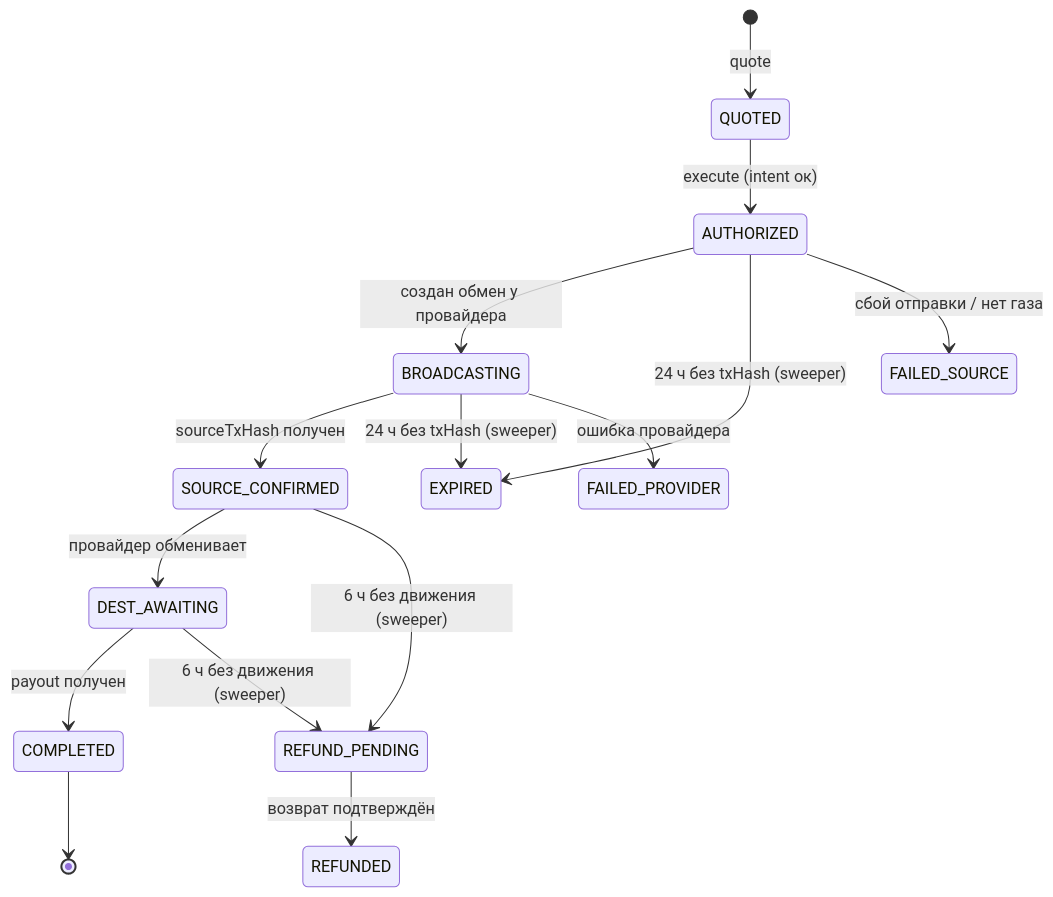
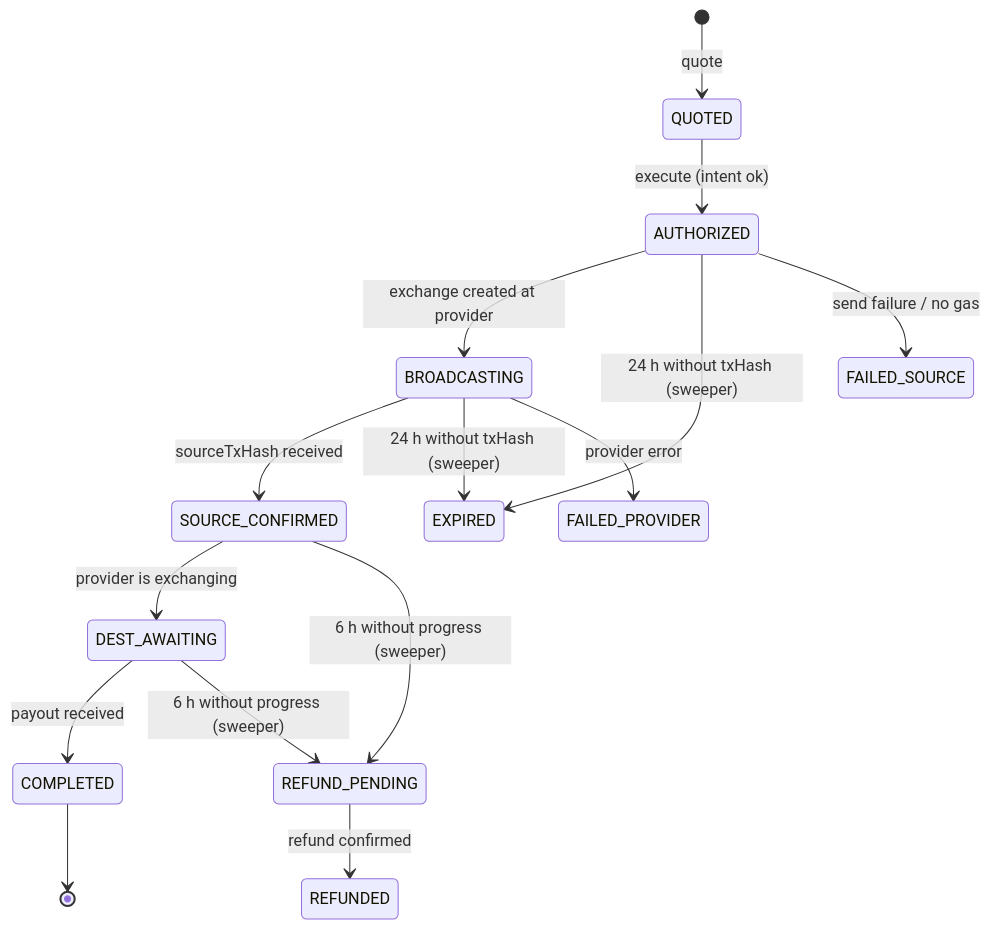
Before and after one commit to samveldarbinyann/wallet-bot: the fourth of 5 diagrams in DOCUMENTATION.md, drawn with Mermaid. The commit also changed other lines of this file and 4 other files, not shown here.

````diff
--- a/DOCUMENTATION.md
+++ b/DOCUMENTATION.md
@@ -590,17 +603,17 @@
 ```mermaid
 stateDiagram-v2
     [*] --> QUOTED: quote
-    QUOTED --> AUTHORIZED: execute (intent ок)
-    AUTHORIZED --> BROADCASTING: создан обмен у провайдера
-    BROADCASTING --> SOURCE_CONFIRMED: sourceTxHash получен
-    SOURCE_CONFIRMED --> DEST_AWAITING: провайдер обменивает
-    DEST_AWAITING --> COMPLETED: payout получен
-    AUTHORIZED --> EXPIRED: 24 ч без txHash (sweeper)
-    BROADCASTING --> EXPIRED: 24 ч без txHash (sweeper)
-    AUTHORIZED --> FAILED_SOURCE: сбой отправки / нет газа
-    BROADCASTING --> FAILED_PROVIDER: ошибка провайдера
-    SOURCE_CONFIRMED --> REFUND_PENDING: 6 ч без движения (sweeper)
-    DEST_AWAITING --> REFUND_PENDING: 6 ч без движения (sweeper)
-    REFUND_PENDING --> REFUNDED: возврат подтверждён
+    QUOTED --> AUTHORIZED: execute (intent ok)
+    AUTHORIZED --> BROADCASTING: exchange created at provider
+    BROADCASTING --> SOURCE_CONFIRMED: sourceTxHash received
+    SOURCE_CONFIRMED --> DEST_AWAITING: provider is exchanging
+    DEST_AWAITING --> COMPLETED: payout received
+    AUTHORIZED --> EXPIRED: 24 h without txHash (sweeper)
+    BROADCASTING --> EXPIRED: 24 h without txHash (sweeper)
+    AUTHORIZED --> FAILED_SOURCE: send failure / no gas
+    BROADCASTING --> FAILED_PROVIDER: provider error
+    SOURCE_CONFIRMED --> REFUND_PENDING: 6 h without progress (sweeper)
+    DEST_AWAITING --> REFUND_PENDING: 6 h without progress (sweeper)
+    REFUND_PENDING --> REFUNDED: refund confirmed
     COMPLETED --> [*]
 ```
````
